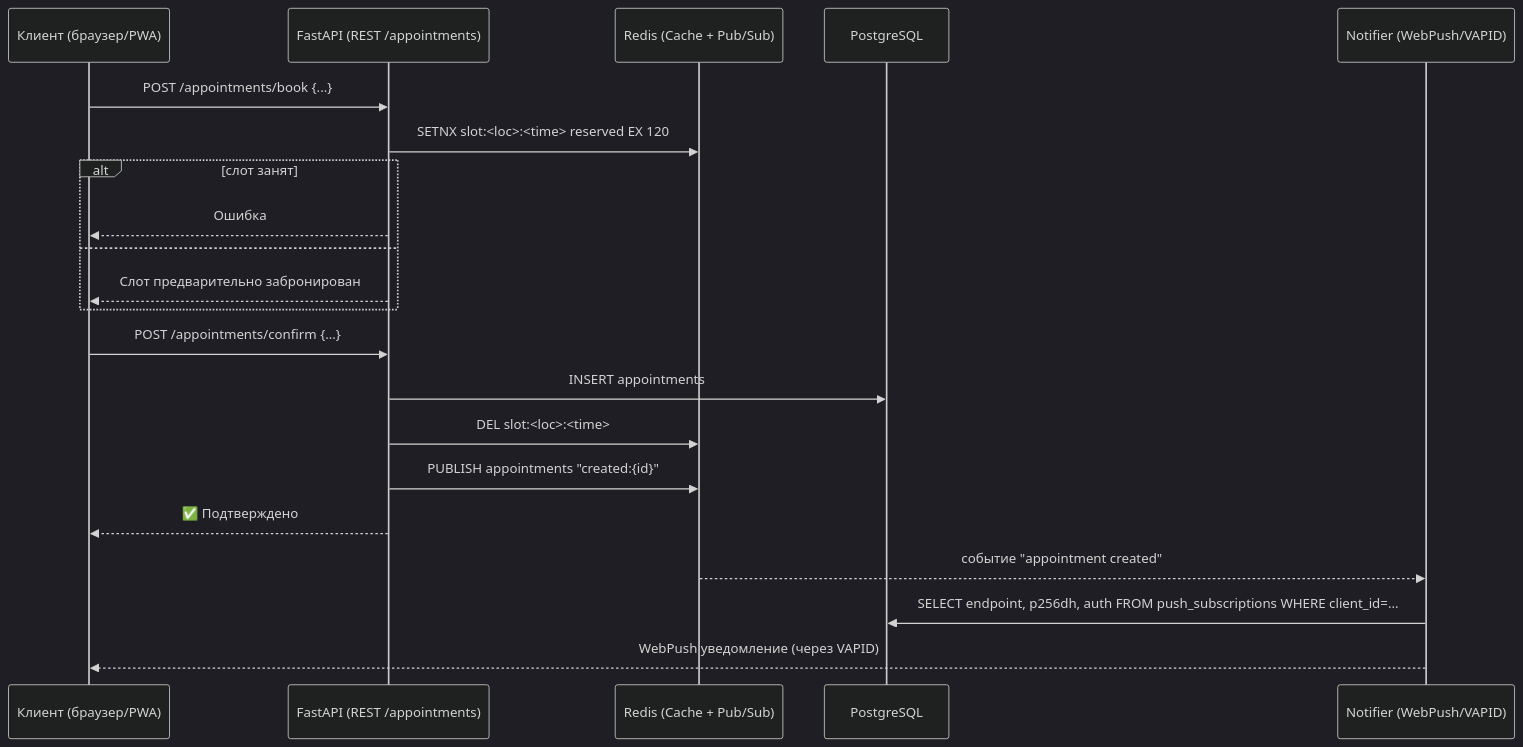
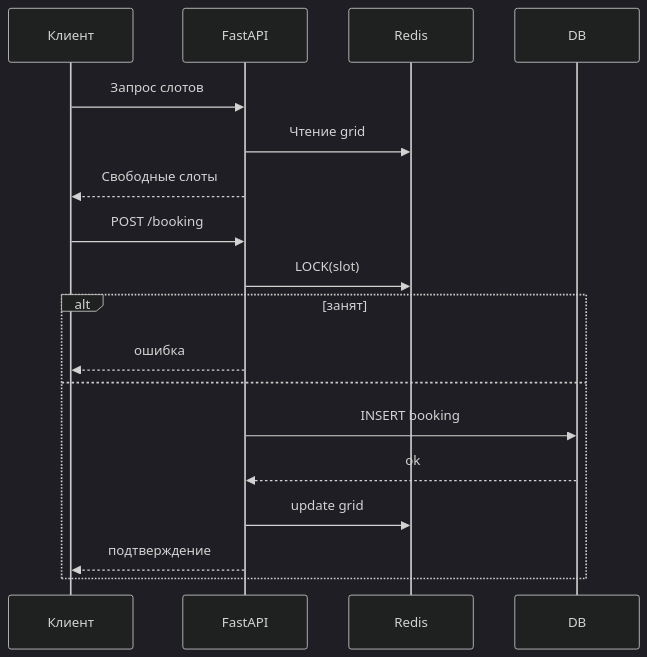
Before and after one commit to lottoprof/booking: the diagram in README.md, drawn with Mermaid (dark theme). The commit also changed other lines of this file, not shown here.

````diff
--- a/README.md
+++ b/README.md
@@ -159,27 +172,22 @@
 ```mermaid
 sequenceDiagram
-    participant C as Клиент (браузер/PWA)
-    participant API as FastAPI (REST /appointments)
-    participant R as Redis (Cache + Pub/Sub)
-    participant DB as PostgreSQL
-    participant N as Notifier (WebPush/VAPID)
+    participant C as Клиент
+    participant API as FastAPI
+    participant R as Redis
+    participant DB as DB
 
-    C->>API: POST /appointments/book {...}
-    API->>R: SETNX slot:<loc>:<time> reserved EX 120
-    alt слот занят
-        API-->>C: Ошибка
+    C->>API: Запрос слотов
+    API->>R: Чтение grid
+    API-->>C: Свободные слоты
+
+    C->>API: POST /booking
+    API->>R: LOCK(slot)
+    alt занят
+        API-->>C: ошибка
     else
-        API-->>C: Слот предварительно забронирован
+        API->>DB: INSERT booking
+        DB-->>API: ok
+        API->>R: update grid
+        API-->>C: подтверждение
     end
-
-    C->>API: POST /appointments/confirm {...}
-    API->>DB: INSERT appointments
-    API->>R: DEL slot:<loc>:<time>
-    API->>R: PUBLISH appointments "created:{id}"
-    API-->>C: ✅ Подтверждено
-
-    R-->>N: событие "appointment created"
-    N->>DB: SELECT endpoint, p256dh, auth FROM push_subscriptions WHERE client_id=...
-    N-->>C: WebPush уведомление (через VAPID)
-
 ```
````
